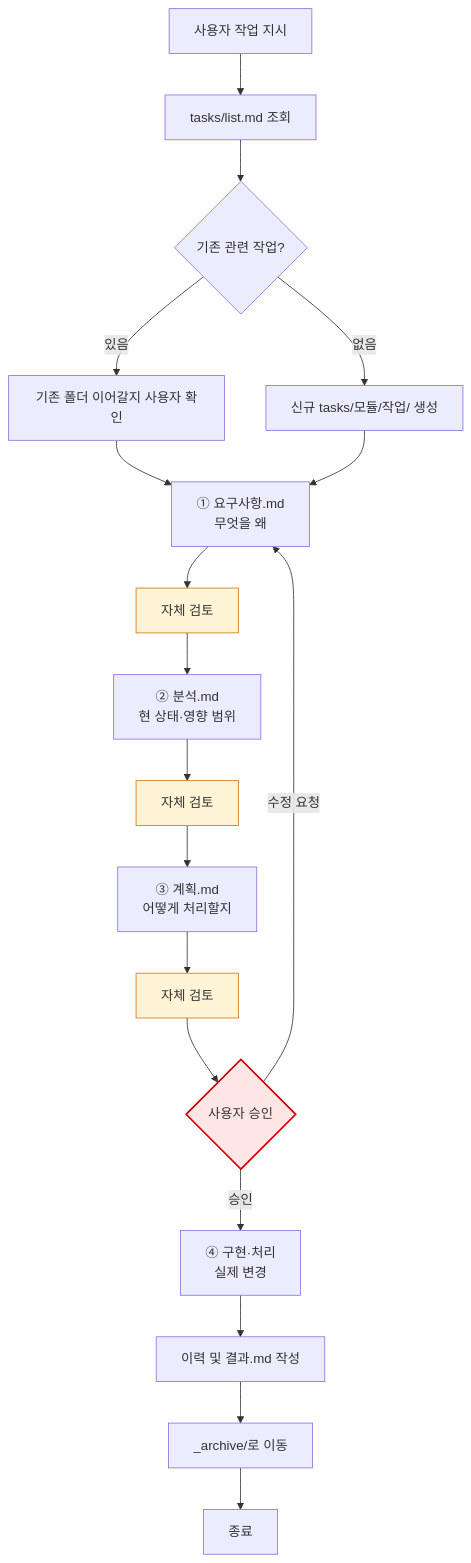
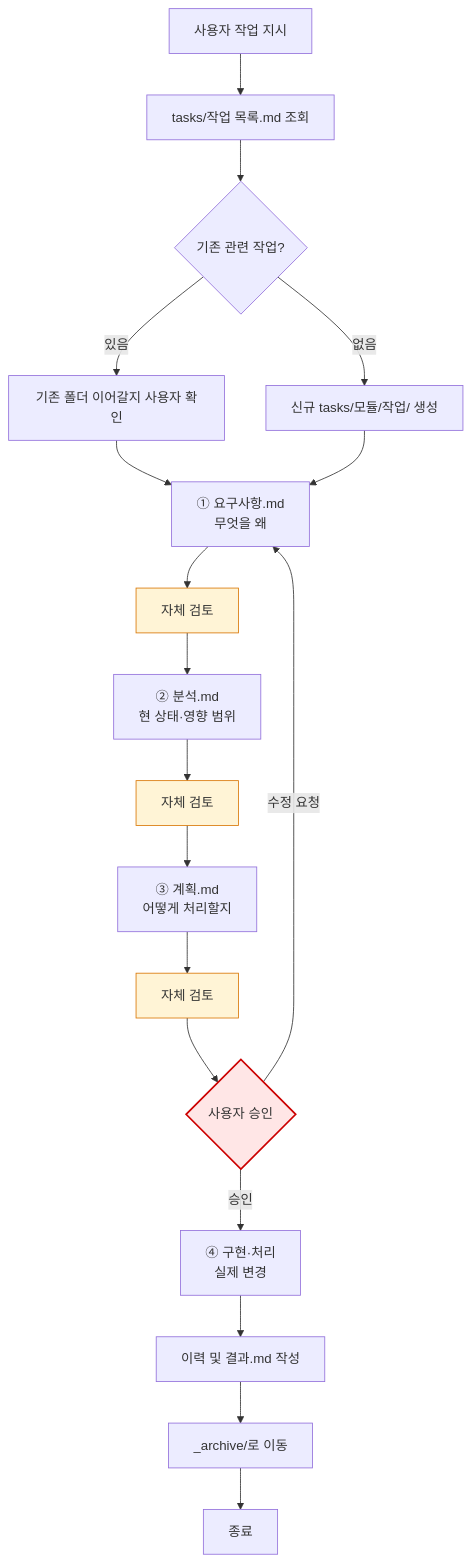
One commit to eskim-todoc/claude changed the second of 2 diagrams in docs/tasks/meta/20260507_work-process-git-scope/계획.md. Above: the diagram before and after it, drawn with Mermaid. The commit also changed other lines of this file and 53 other files, not shown here.

First line of the commit message:
refactor(tasks): list.md → 작업 목록.md rename + cross-link 일괄 갱신 (Step 9 fixup)

````diff
--- a/docs/tasks/meta/20260507_work-process-git-scope/계획.md
+++ b/docs/tasks/meta/20260507_work-process-git-scope/계획.md
@@ -168,26 +168,26 @@
 ```mermaid
 flowchart TD
-    A["사용자 작업 지시"] --> B[tasks/list.md 조회]
+    A["사용자 작업 지시"] --> B[tasks/작업 목록.md 조회]
     B --> C{기존 관련 작업?}
     C -->|있음| D[기존 폴더 이어갈지 사용자 확인]
     C -->|없음| E[신규 tasks/모듈/작업/ 생성]
     D --> F
     E --> F
     F["① 요구사항.md<br/>무엇을 왜"]
     F --> F1[자체 검토]
     F1 --> G["② 분석.md<br/>현 상태·영향 범위"]
     G --> G1[자체 검토]
     G1 --> H["③ 계획.md<br/>어떻게 처리할지"]
     H --> H1[자체 검토]
     H1 --> I{사용자 승인}
     I -->|수정 요청| F
     I -->|승인| J["④ 구현·처리<br/>실제 변경"]
     J --> K[이력 및 결과.md 작성]
     K --> L["_archive/로 이동"]
     L --> M[종료]
 
     style F1 fill:#fff4d6,stroke:#d97706
     style G1 fill:#fff4d6,stroke:#d97706
     style H1 fill:#fff4d6,stroke:#d97706
     style I fill:#ffe6e6,stroke:#c00,stroke-width:2px
 ```
````
